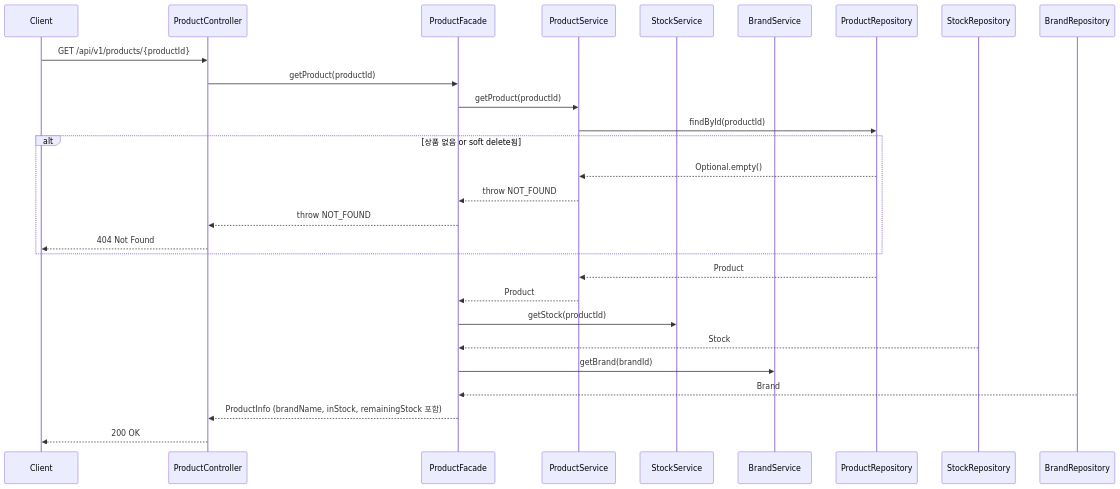
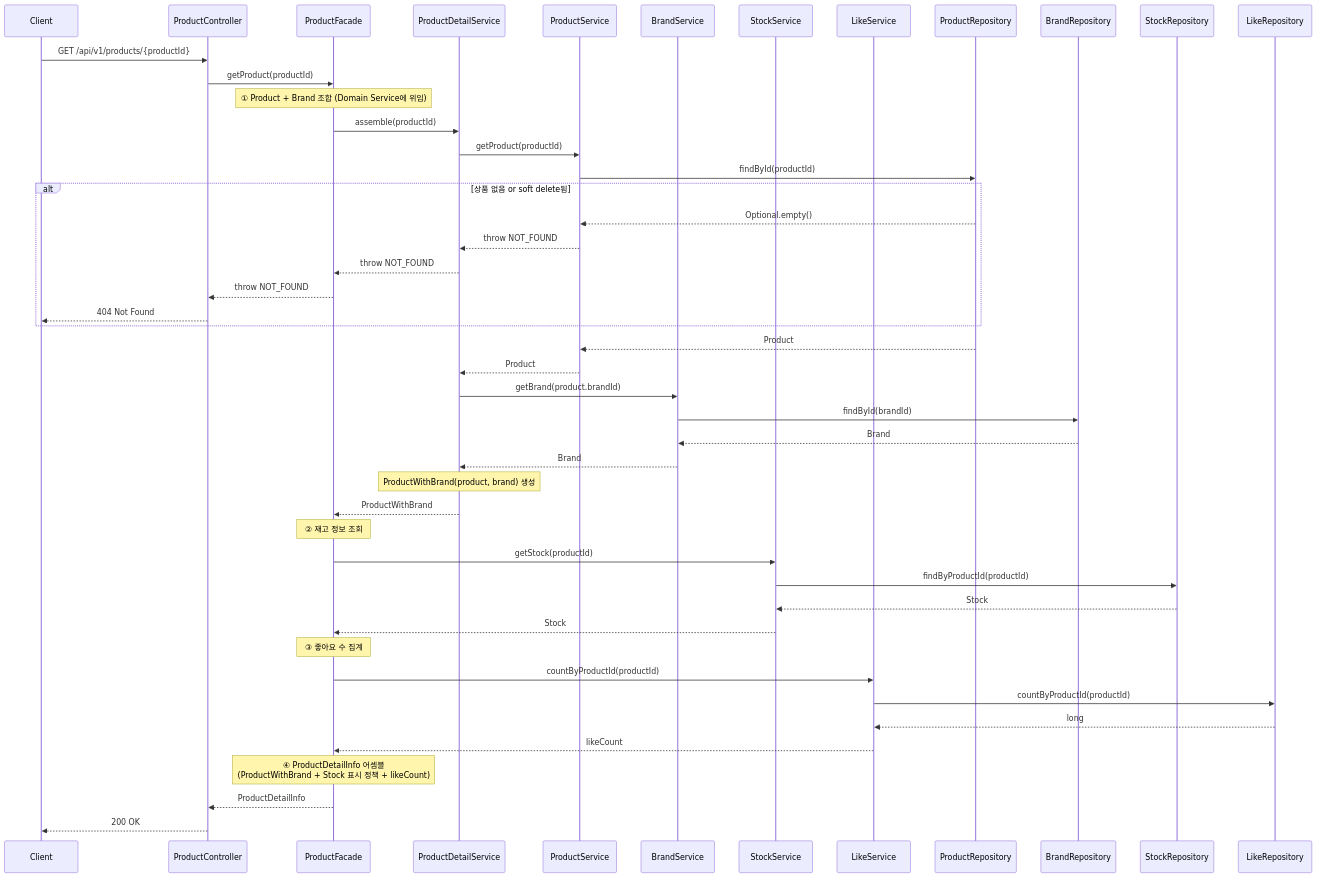
Before and after one commit to jihun-kim7/loop-pack-be-l2-vol4-java: the tenth of 20 diagrams in docs/week2/02-sequence-diagrams.md, drawn with Mermaid. The commit also changed other lines of this file and 2 other files, not shown here.

Commit message:
docs(week2): VO·Domain Service 반영 (class-diagram/sequence/ERD)
3주차 도메인 모델링 학습 반영하여 마스터 설계 문서 업데이트.

- 클래스 다이어그램: Money/Quantity VO 신규, 5개 모델에 VO 적용, ProductDetailService(Domain Service) 추가, Application Facade 구조 별도 다이어그램으로 분리
- 시퀀스: 상품 상세 조회 흐름을 Domain Service 위임 + 좋아요 수 집계 포함 4단계로 재작성
- ERD: VO ↔ DB 매핑 메모 추가 (테이블 스키마는 영향 없음)

````diff
--- a/docs/week2/02-sequence-diagrams.md
+++ b/docs/week2/02-sequence-diagrams.md
@@ -290,36 +295,57 @@
 ```mermaid
 sequenceDiagram
     participant Client
     participant ProductController
     participant ProductFacade
+    participant ProductDetailService
     participant ProductService
+    participant BrandService
     participant StockService
-    participant BrandService
+    participant LikeService
     participant ProductRepository
+    participant BrandRepository
     participant StockRepository
-    participant BrandRepository
+    participant LikeRepository
 
     Client->>ProductController: GET /api/v1/products/{productId}
 
     ProductController->>ProductFacade: getProduct(productId)
 
-    ProductFacade->>ProductService: getProduct(productId)
+    Note over ProductFacade: ① Product + Brand 조합 (Domain Service에 위임)
+    ProductFacade->>ProductDetailService: assemble(productId)
+    ProductDetailService->>ProductService: getProduct(productId)
     ProductService->>ProductRepository: findById(productId)
     alt 상품 없음 or soft delete됨
         ProductRepository-->>ProductService: Optional.empty()
-        ProductService-->>ProductFacade: throw NOT_FOUND
+        ProductService-->>ProductDetailService: throw NOT_FOUND
+        ProductDetailService-->>ProductFacade: throw NOT_FOUND
         ProductFacade-->>ProductController: throw NOT_FOUND
         ProductController-->>Client: 404 Not Found
     end
     ProductRepository-->>ProductService: Product
-    ProductService-->>ProductFacade: Product
+    ProductService-->>ProductDetailService: Product
 
+    ProductDetailService->>BrandService: getBrand(product.brandId)
+    BrandService->>BrandRepository: findById(brandId)
+    BrandRepository-->>BrandService: Brand
+    BrandService-->>ProductDetailService: Brand
+
+    Note over ProductDetailService: ProductWithBrand(product, brand) 생성
+    ProductDetailService-->>ProductFacade: ProductWithBrand
+
+    Note over ProductFacade: ② 재고 정보 조회
     ProductFacade->>StockService: getStock(productId)
-    StockRepository-->>ProductFacade: Stock
+    StockService->>StockRepository: findByProductId(productId)
+    StockRepository-->>StockService: Stock
+    StockService-->>ProductFacade: Stock
 
-    ProductFacade->>BrandService: getBrand(brandId)
-    BrandRepository-->>ProductFacade: Brand
+    Note over ProductFacade: ③ 좋아요 수 집계
+    ProductFacade->>LikeService: countByProductId(productId)
+    LikeService->>LikeRepository: countByProductId(productId)
+    LikeRepository-->>LikeService: long
+    LikeService-->>ProductFacade: likeCount
 
-    ProductFacade-->>ProductController: ProductInfo (brandName, inStock, remainingStock 포함)
+    Note over ProductFacade: ④ ProductDetailInfo 어셈블<br/>(ProductWithBrand + Stock 표시 정책 + likeCount)
+    ProductFacade-->>ProductController: ProductDetailInfo
     ProductController-->>Client: 200 OK
 ```
````
